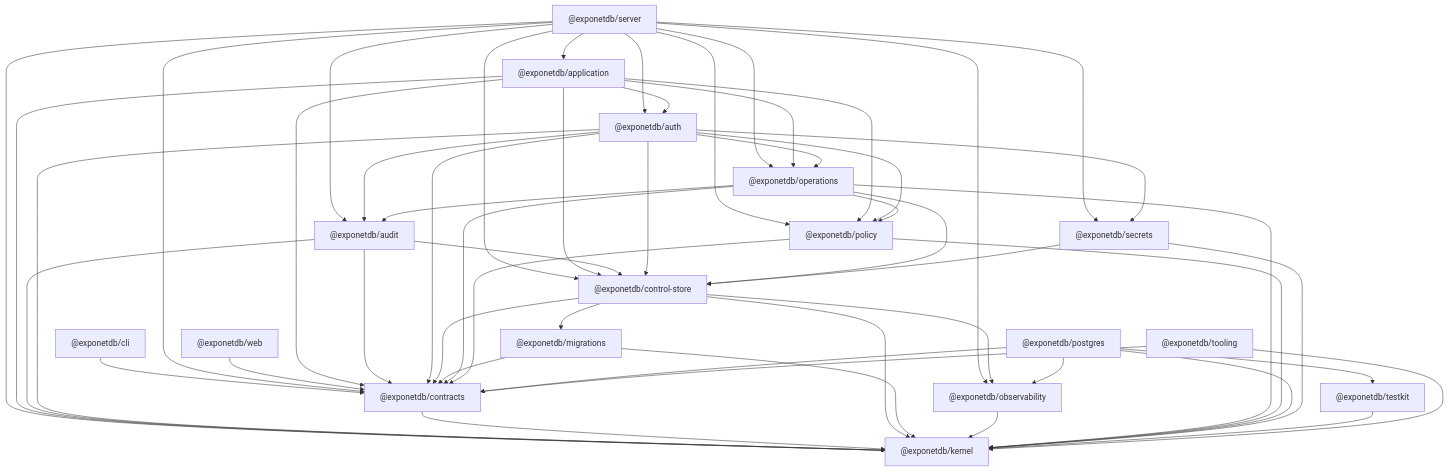
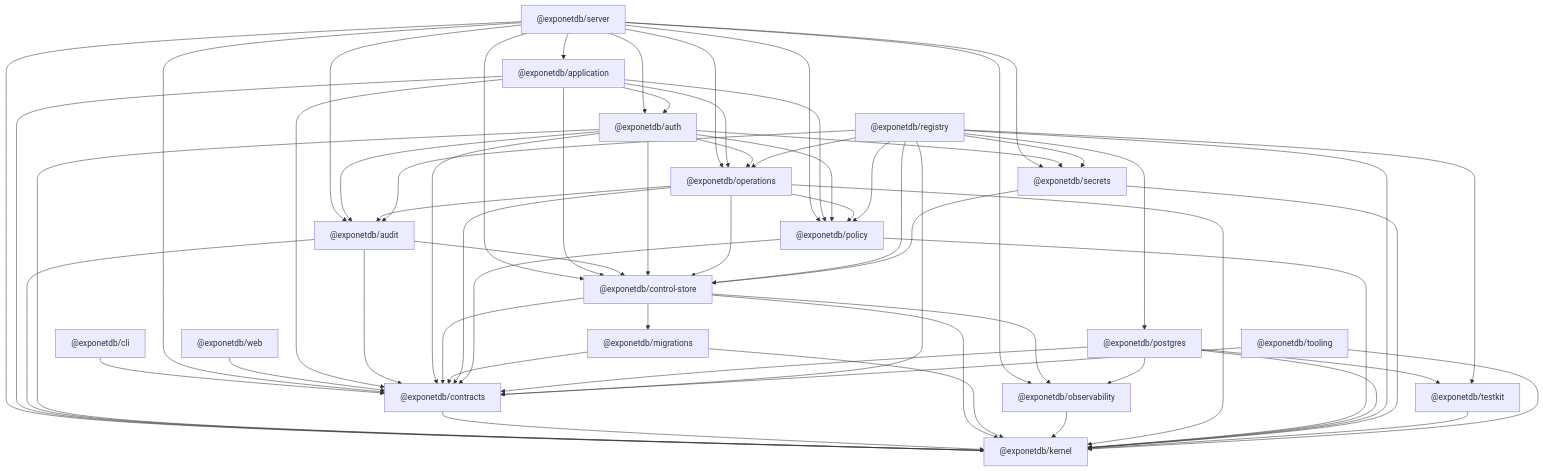
Before and after one commit to davdxpx/ExponetDB: the diagram in tooling/boundaries/package-graph.md, drawn with Mermaid. The commit also changed 40 other files, not shown here.

````diff
--- a/tooling/boundaries/package-graph.md
+++ b/tooling/boundaries/package-graph.md
@@ -7,72 +7,82 @@
 ```mermaid
 graph TD
   apps_cli["@exponetdb/cli"]
   apps_server["@exponetdb/server"]
   apps_web["@exponetdb/web"]
   packages_application["@exponetdb/application"]
   packages_audit["@exponetdb/audit"]
   packages_auth["@exponetdb/auth"]
   packages_contracts["@exponetdb/contracts"]
   packages_control-store["@exponetdb/control-store"]
   packages_kernel["@exponetdb/kernel"]
   packages_migrations["@exponetdb/migrations"]
   packages_observability["@exponetdb/observability"]
   packages_operations["@exponetdb/operations"]
   packages_policy["@exponetdb/policy"]
   packages_postgres["@exponetdb/postgres"]
+  packages_registry["@exponetdb/registry"]
   packages_secrets["@exponetdb/secrets"]
   packages_testkit["@exponetdb/testkit"]
   tooling["@exponetdb/tooling"]
   apps_cli["@exponetdb/cli"] --> packages_contracts
   apps_server["@exponetdb/server"] --> packages_application
   apps_server["@exponetdb/server"] --> packages_audit
   apps_server["@exponetdb/server"] --> packages_auth
   apps_server["@exponetdb/server"] --> packages_contracts
   apps_server["@exponetdb/server"] --> packages_control-store
   apps_server["@exponetdb/server"] --> packages_kernel
   apps_server["@exponetdb/server"] --> packages_observability
   apps_server["@exponetdb/server"] --> packages_operations
   apps_server["@exponetdb/server"] --> packages_policy
   apps_server["@exponetdb/server"] --> packages_secrets
   apps_web["@exponetdb/web"] --> packages_contracts
   packages_application["@exponetdb/application"] --> packages_auth
   packages_application["@exponetdb/application"] --> packages_contracts
   packages_application["@exponetdb/application"] --> packages_control-store
   packages_application["@exponetdb/application"] --> packages_kernel
   packages_application["@exponetdb/application"] --> packages_operations
   packages_application["@exponetdb/application"] --> packages_policy
   packages_audit["@exponetdb/audit"] --> packages_contracts
   packages_audit["@exponetdb/audit"] --> packages_control-store
   packages_audit["@exponetdb/audit"] --> packages_kernel
   packages_auth["@exponetdb/auth"] --> packages_audit
   packages_auth["@exponetdb/auth"] --> packages_contracts
   packages_auth["@exponetdb/auth"] --> packages_control-store
   packages_auth["@exponetdb/auth"] --> packages_kernel
   packages_auth["@exponetdb/auth"] --> packages_operations
   packages_auth["@exponetdb/auth"] --> packages_policy
   packages_auth["@exponetdb/auth"] --> packages_secrets
   packages_contracts["@exponetdb/contracts"] --> packages_kernel
   packages_control-store["@exponetdb/control-store"] --> packages_contracts
   packages_control-store["@exponetdb/control-store"] --> packages_kernel
   packages_control-store["@exponetdb/control-store"] --> packages_migrations
   packages_control-store["@exponetdb/control-store"] --> packages_observability
   packages_migrations["@exponetdb/migrations"] --> packages_contracts
   packages_migrations["@exponetdb/migrations"] --> packages_kernel
   packages_observability["@exponetdb/observability"] --> packages_kernel
   packages_operations["@exponetdb/operations"] --> packages_audit
   packages_operations["@exponetdb/operations"] --> packages_contracts
   packages_operations["@exponetdb/operations"] --> packages_control-store
   packages_operations["@exponetdb/operations"] --> packages_kernel
   packages_operations["@exponetdb/operations"] --> packages_policy
   packages_policy["@exponetdb/policy"] --> packages_contracts
   packages_policy["@exponetdb/policy"] --> packages_kernel
   packages_postgres["@exponetdb/postgres"] --> packages_contracts
   packages_postgres["@exponetdb/postgres"] --> packages_kernel
   packages_postgres["@exponetdb/postgres"] --> packages_observability
   packages_postgres["@exponetdb/postgres"] --> packages_testkit
+  packages_registry["@exponetdb/registry"] --> packages_audit
+  packages_registry["@exponetdb/registry"] --> packages_contracts
+  packages_registry["@exponetdb/registry"] --> packages_control-store
+  packages_registry["@exponetdb/registry"] --> packages_kernel
+  packages_registry["@exponetdb/registry"] --> packages_operations
+  packages_registry["@exponetdb/registry"] --> packages_policy
+  packages_registry["@exponetdb/registry"] --> packages_postgres
+  packages_registry["@exponetdb/registry"] --> packages_secrets
+  packages_registry["@exponetdb/registry"] --> packages_testkit
   packages_secrets["@exponetdb/secrets"] --> packages_control-store
   packages_secrets["@exponetdb/secrets"] --> packages_kernel
   packages_testkit["@exponetdb/testkit"] --> packages_kernel
   tooling["@exponetdb/tooling"] --> packages_contracts
   tooling["@exponetdb/tooling"] --> packages_kernel
 ```
````
